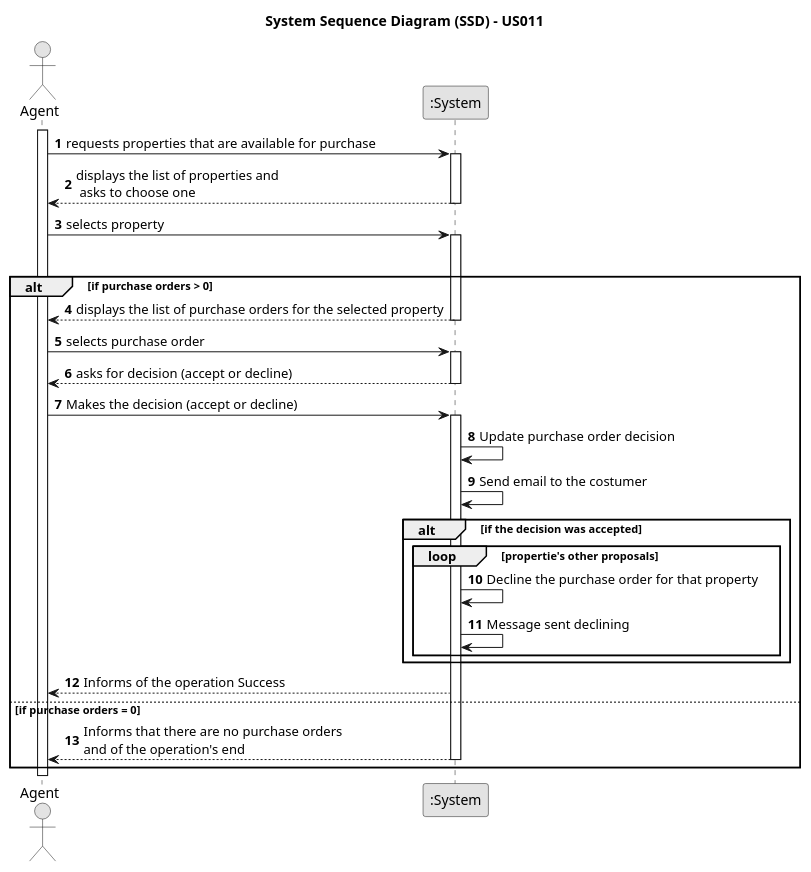
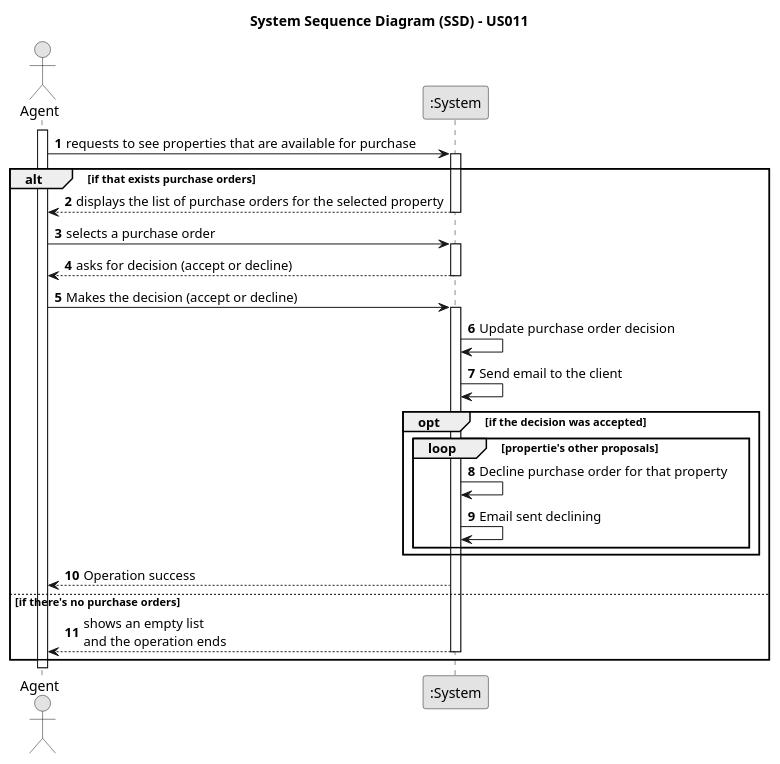
The diagram in docs/sprintC/us011/01.requirements-engineering/puml/us011-system-sequence-diagram.svg.puml (1220812/LAPR2), drawn with PlantUML before and after one commit. The commit also changed 10 other files, not shown here.

```diff
--- a/docs/sprintC/us011/01.requirements-engineering/puml/us011-system-sequence-diagram.svg.puml
+++ b/docs/sprintC/us011/01.requirements-engineering/puml/us011-system-sequence-diagram.svg.puml
@@ -1,77 +1,62 @@
 @startuml
 skinparam monochrome true
 skinparam packageStyle rectangle
 skinparam shadowing false
 
 title System Sequence Diagram (SSD) - US011
 
 autonumber
 
 actor "Agent" as Employee
 participant ":System" as System
 
 activate Employee
 
-    Employee -> System : requests properties that are available for purchase
+    Employee -> System : requests to see properties that are available for purchase
 
         activate System
 
-        System --> Employee : displays the list of properties and \n asks to choose one
-
-        deactivate System
-
-        Employee -> System : selects property
-
-        activate System
-
-            loop for all properties available for purchase
-
-            alt if purchase orders > 0
+            alt if that exists purchase orders
 
                 System --> Employee : displays the list of purchase orders for the selected property
 
         deactivate System
 
-
-        deactivate System
-
-             Employee -> System : selects purchase order
+             Employee -> System : selects a purchase order
 
         activate System
 
              System --> Employee : asks for decision (accept or decline)
 
              deactivate System
 
 
              Employee -> System : Makes the decision (accept or decline)
         activate System
 
              System -> System : Update purchase order decision
-             System -> System : Send email to the costumer
+             System -> System : Send email to the client
 
-        alt if the decision was accepted
+        opt if the decision was accepted
 
             loop propertie's other proposals
 
-                System -> System : Decline the purchase order for that property
+                System -> System : Decline purchase order for that property
 
-                System -> System : Message sent declining
+                System -> System : Email sent declining
 
             end
 
         end
 
-            System --> Employee : Informs of the operation Success
+            System --> Employee : Operation success
 
+  else if there's no purchase orders
 
-                 else if purchase orders = 0
-
-
-                    System --> Employee : Informs that there are no purchase orders\nand of the operation's end
+                    System --> Employee : shows an empty list \nand the operation ends
 
         deactivate System
     end
 
 
 @enduml
```
